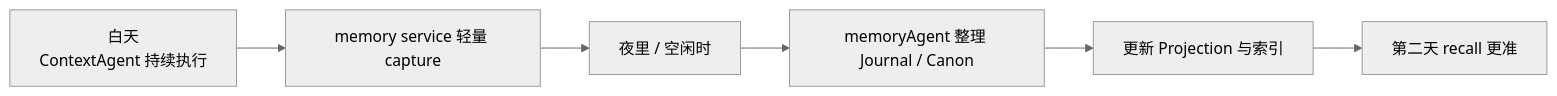
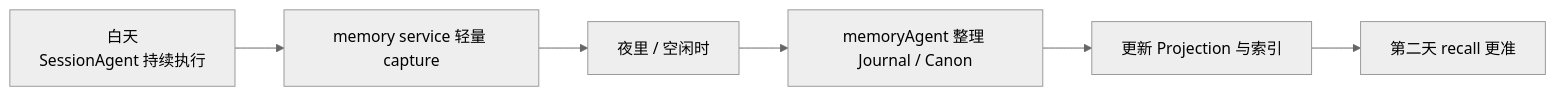
The second of 4 diagrams in homepage/content/devdocs/zh/memory/memory-agent.mdx (wangenius/downcity), drawn with Mermaid (neutral theme) before and after one commit. The commit also changed other lines of this file and 34 other files, not shown here.

````diff
--- a/homepage/content/devdocs/zh/memory/memory-agent.mdx
+++ b/homepage/content/devdocs/zh/memory/memory-agent.mdx
@@ -188,8 +188,8 @@
 ```mermaid
 flowchart LR
-  DAY["白天<br/>ContextAgent 持续执行"] --> CAP["memory service 轻量 capture"]
+  DAY["白天<br/>SessionAgent 持续执行"] --> CAP["memory service 轻量 capture"]
   CAP --> NIGHT["夜里 / 空闲时"]
   NIGHT --> MA["memoryAgent 整理 Journal / Canon"]
   MA --> VIEW["更新 Projection 与索引"]
   VIEW --> NEXT["第二天 recall 更准"]
 ```
````
